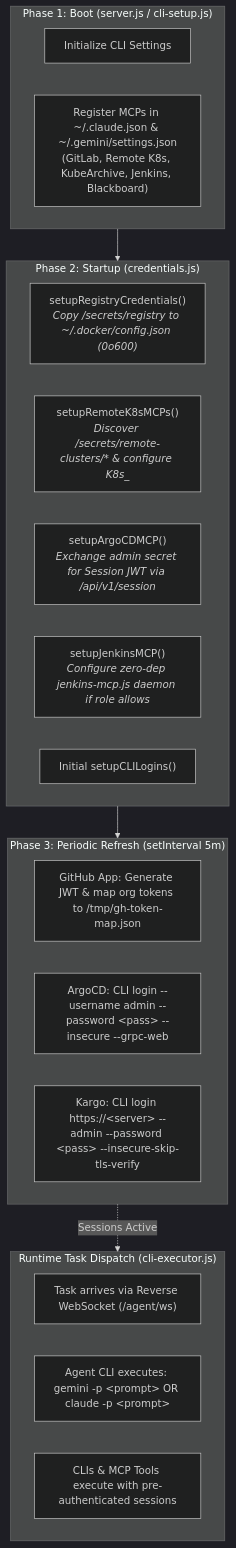
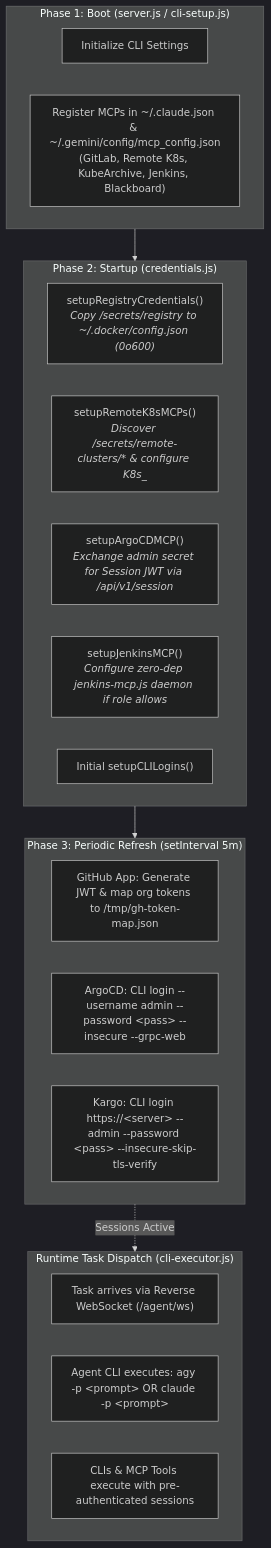
One commit to The-Darwin-Project/Blackboard changed the diagram in docs/README.md. Above: the diagram before and after it, drawn with Mermaid (dark theme). The commit also changed other lines of this file and 22 other files, not shown here.

First line of the commit message:
refactor(sidecar): sunset legacy @google/gemini-cli and standardize on agy

````diff
--- a/docs/README.md
+++ b/docs/README.md
@@ -28,30 +28,30 @@
 ```mermaid
 flowchart TD
     subgraph Boot ["Phase 1: Boot (server.js / cli-setup.js)"]
         B1["Initialize CLI Settings"]
-        B2["Register MCPs in ~/.claude.json & ~/.gemini/settings.json<br/>(GitLab, Remote K8s, KubeArchive, Jenkins, Blackboard)"]
+        B2["Register MCPs in ~/.claude.json & ~/.gemini/config/mcp_config.json<br/>(GitLab, Remote K8s, KubeArchive, Jenkins, Blackboard)"]
     end
 
     subgraph Startup ["Phase 2: Startup (credentials.js)"]
         S1["setupRegistryCredentials()<br/><i>Copy /secrets/registry to ~/.docker/config.json (0o600)</i>"]
         S2["setupRemoteK8sMCPs()<br/><i>Discover /secrets/remote-clusters/* & configure K8s_<name></i>"]
         S3["setupArgoCDMCP()<br/><i>Exchange admin secret for Session JWT via /api/v1/session</i>"]
         S4["setupJenkinsMCP()<br/><i>Configure zero-dep jenkins-mcp.js daemon if role allows</i>"]
         S5["Initial setupCLILogins()"]
     end
 
     subgraph Background ["Phase 3: Periodic Refresh (setInterval 5m)"]
         R1["GitHub App: Generate JWT & map org tokens to /tmp/gh-token-map.json"]
         R2["ArgoCD: CLI login --username admin --password &lt;pass&gt; --insecure --grpc-web"]
         R3["Kargo: CLI login https://&lt;server&gt; --admin --password &lt;pass&gt; --insecure-skip-tls-verify"]
     end
 
     subgraph Dispatch ["Runtime Task Dispatch (cli-executor.js)"]
         T1["Task arrives via Reverse WebSocket (/agent/ws)"]
-        T2["Agent CLI executes: gemini -p &lt;prompt&gt; OR claude -p &lt;prompt&gt;"]
+        T2["Agent CLI executes: agy -p &lt;prompt&gt; OR claude -p &lt;prompt&gt;"]
         T3["CLIs & MCP Tools execute with pre-authenticated sessions"]
     end
 
     Boot --> Startup --> Background
     Background -.->|Sessions Active| Dispatch
 ```
````
